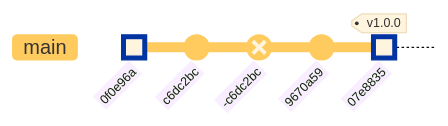
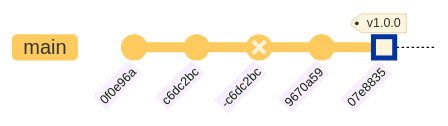
One commit to umr-marbec/git-training changed diagram 12 of 28 in git-training.qmd. Above: the diagram before and after it, drawn with Mermaid. The commit also changed other lines of this file, not shown here.

Commit message:
Update mermaid diagram

````diff
--- a/git-training.qmd
+++ b/git-training.qmd
@@ -348,12 +348,12 @@
 ```{mermaid}
 %%|label: graph9
 %%| fig-width: 3
 %%| fig-align: center
 %%{init: { 'logLevel': 'debug', 'theme': 'base', 'gitGraph': {'rotateCommitLabel': true}}}%%
 gitGraph
-    commit id: "0f0e96a" type:HIGHLIGHT
+    commit id: "0f0e96a"
     commit id: "c6dc2bc"
     commit id: "-c6dc2bc" type: REVERSE
     commit id: "9670a59"
     commit id: "07e8835" tag: "v1.0.0" type:HIGHLIGHT
 ```
````
